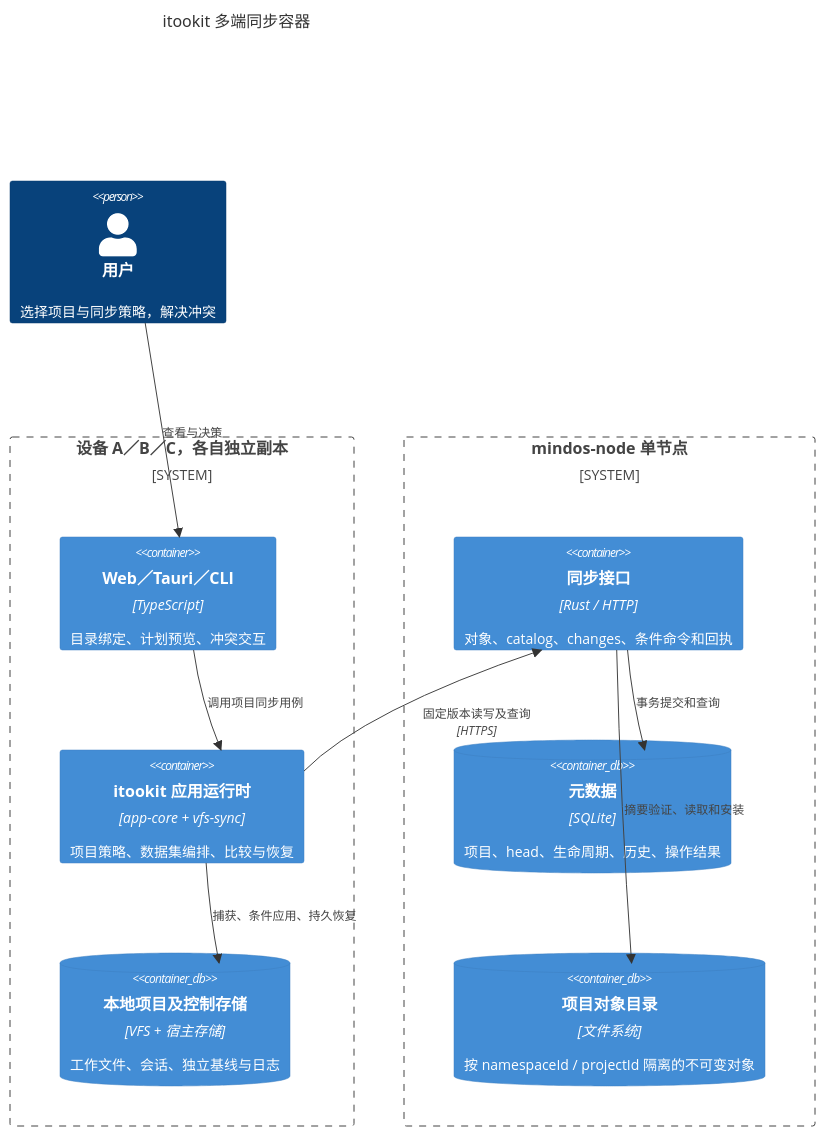
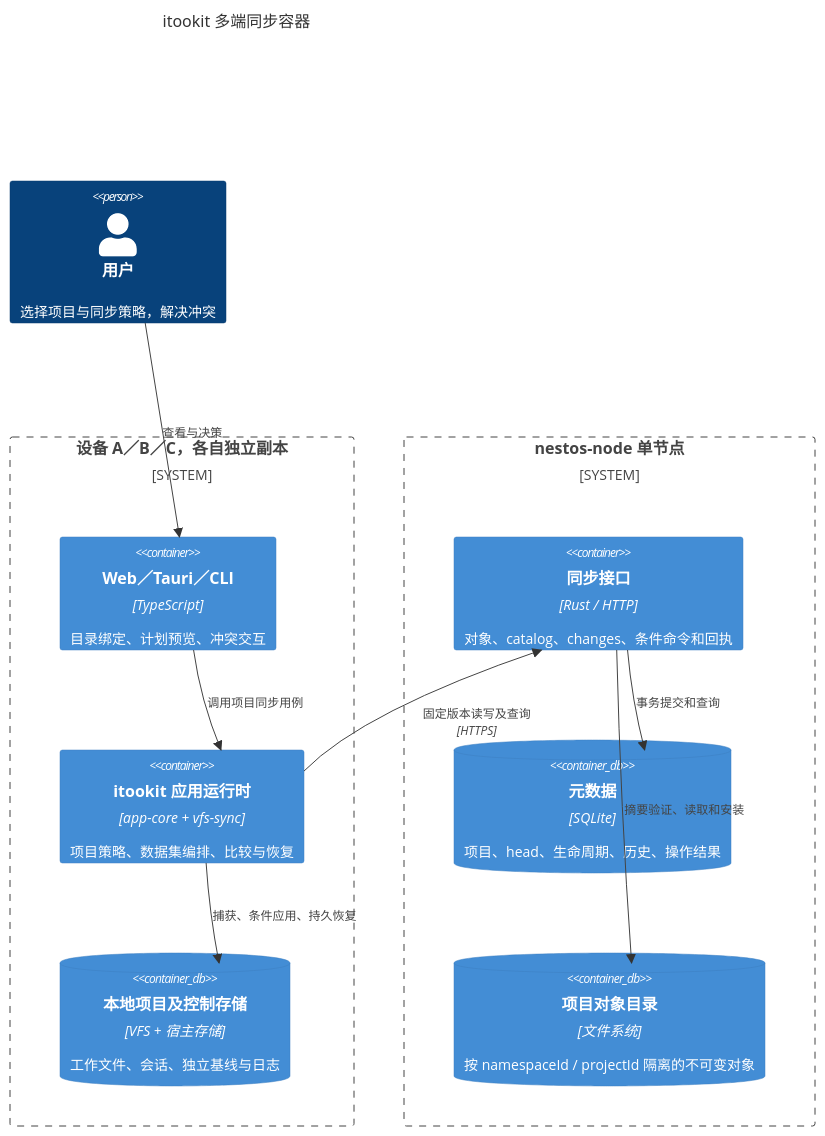
Before and after one commit to mushuanli/NestOS: the second of 6 diagrams in doc/design/project-sync.md, drawn with Mermaid. The commit also changed other lines of this file and 428 other files, not shown here.

Commit message:
feat(nestos): unify naming and add optional server editor swaps

````diff
--- a/doc/design/project-sync.md
+++ b/doc/design/project-sync.md
@@ -900,21 +900,21 @@
 ```mermaid
 C4Container
     title itookit 多端同步容器
     Person(user, "用户", "选择项目与同步策略，解决冲突")
     System_Boundary(device, "设备 A／B／C，各自独立副本") {
         Container(ui, "Web／Tauri／CLI", "TypeScript", "目录绑定、计划预览、冲突交互")
         Container(app, "itookit 应用运行时", "app-core + vfs-sync", "项目策略、数据集编排、比较与恢复")
         ContainerDb(local, "本地项目及控制存储", "VFS + 宿主存储", "工作文件、会话、独立基线与日志")
     }
-    System_Boundary(server, "mindos-node 单节点") {
+    System_Boundary(server, "nestos-node 单节点") {
         Container(api, "同步接口", "Rust / HTTP", "对象、catalog、changes、条件命令和回执")
         ContainerDb(metadata, "元数据", "SQLite", "项目、head、生命周期、历史、操作结果")
         ContainerDb(objects, "项目对象目录", "文件系统", "按 namespaceId / projectId 隔离的不可变对象")
     }
     Rel(user, ui, "查看与决策")
     Rel(ui, app, "调用项目同步用例")
     Rel(app, local, "捕获、条件应用、持久恢复")
     Rel(app, api, "固定版本读写及查询", "HTTPS")
     Rel(api, metadata, "事务提交和查询")
     Rel(api, objects, "摘要验证、读取和安装")
 ```
````
